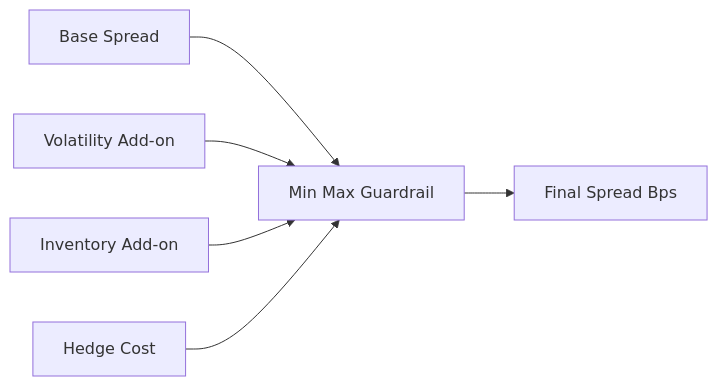
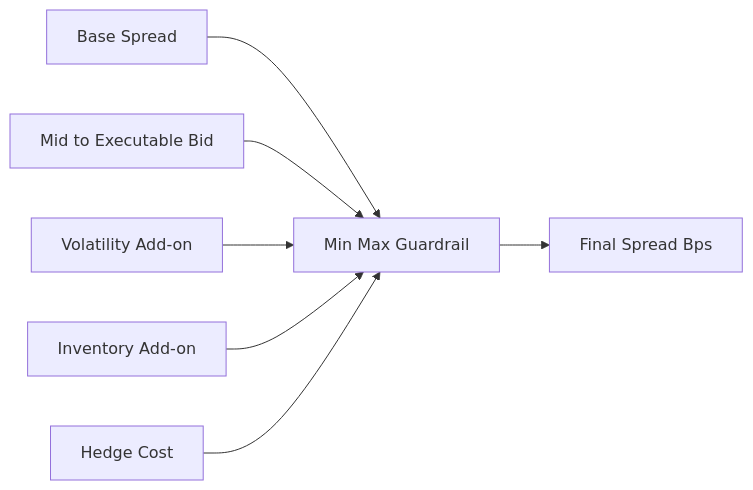
One commit to alvis-ai/production-grade-web3-rfq-market-maker changed the first of 3 diagrams in book/Volume2-MarketData-And-Pricing/Chapter04-Spread.md. Above: the diagram before and after it, drawn with Mermaid. The commit also changed other lines of this file and 78 other files, not shown here.

Commit message:
feat: price executable market spread

````diff
--- a/book/Volume2-MarketData-And-Pricing/Chapter04-Spread.md
+++ b/book/Volume2-MarketData-And-Pricing/Chapter04-Spread.md
@@ -48,15 +49,17 @@
 ```mermaid
 flowchart LR
   Base[Base Spread]
+  Market[Mid to Executable Bid]
   Vol[Volatility Add-on]
   Inventory[Inventory Add-on]
   Hedge[Hedge Cost]
   Guardrail[Min Max Guardrail]
   Spread[Final Spread Bps]
 
   Base --> Guardrail
+  Market --> Guardrail
   Vol --> Guardrail
   Inventory --> Guardrail
   Hedge --> Guardrail
   Guardrail --> Spread
 ```
````
